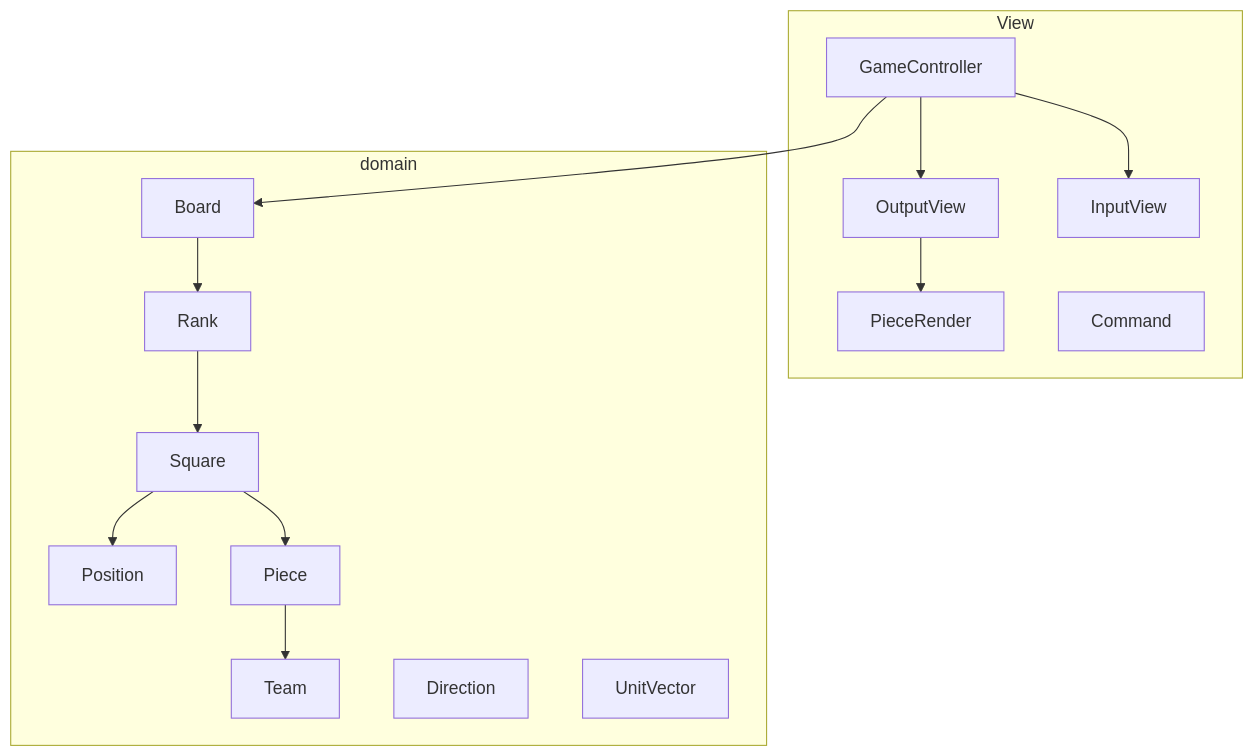
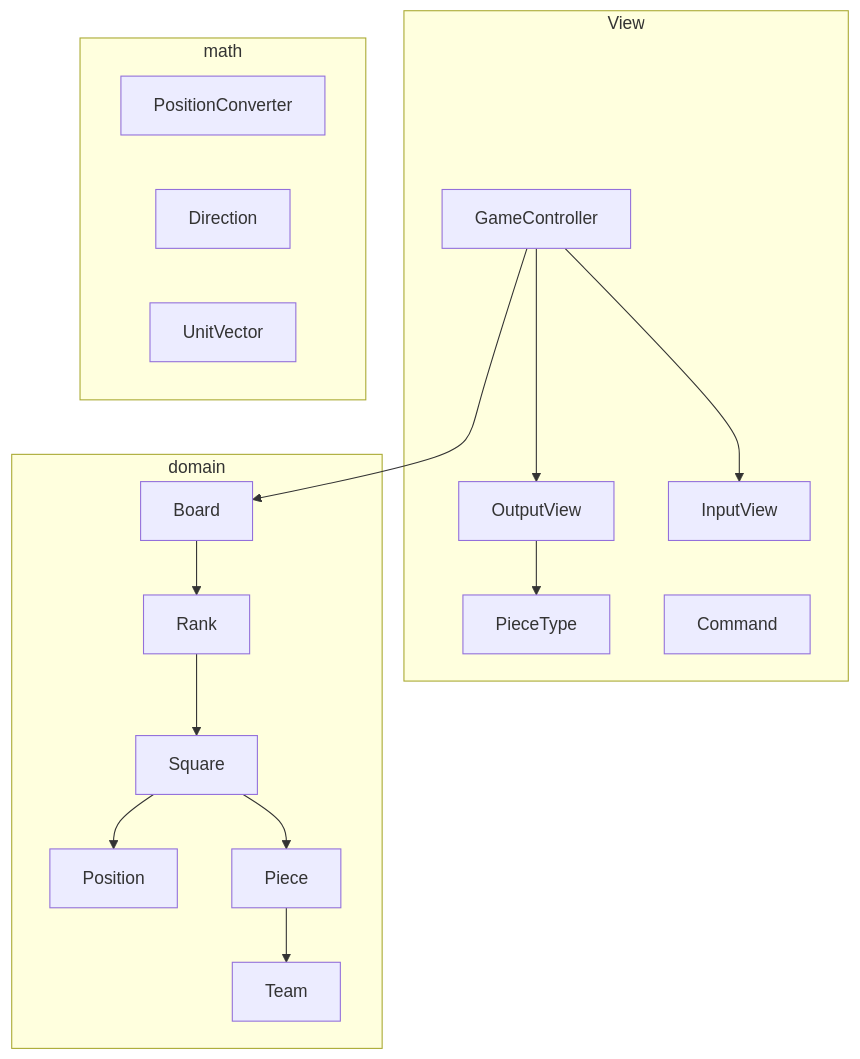
The diagram in README.md (woowacourse/java-chess), drawn with Mermaid before and after one commit. The commit also changed 20 other files, not shown here.

````diff
--- a/README.md
+++ b/README.md
@@ -9,20 +9,24 @@
 ```mermaid
 graph TD
     subgraph View
         GameController --> OutputView
         GameController --> InputView
-        OutputView --> PieceRender
+        OutputView --> PieceType
         Command
     end
 
     subgraph domain
         GameController --> Board
         Board --> Rank
         Rank --> Square
         Square --> Position
         Square --> Piece
         Piece --> Team
+    end
+
+    subgraph math
+        PositionConverter
         Direction
         UnitVector
     end
 ```
````
